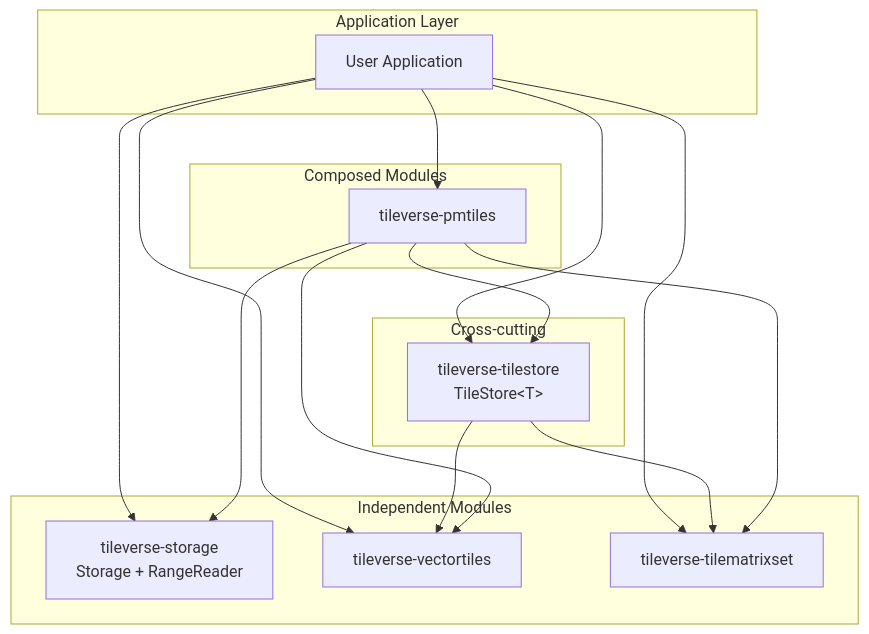
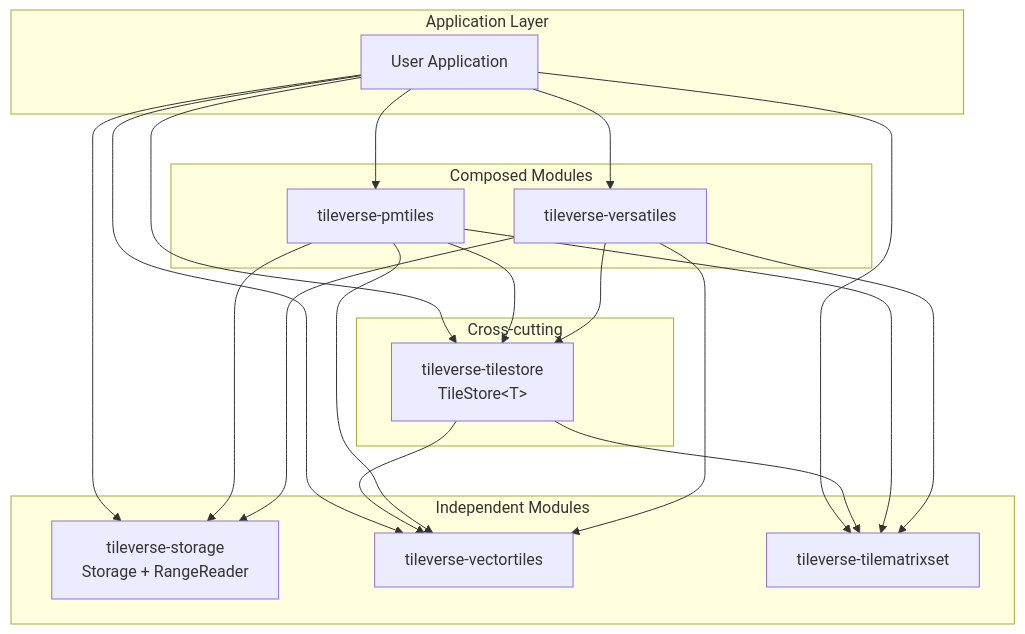
One commit to tileverse-io/tileverse changed the diagram in docs/src/developer-guide/explanation/architecture.md. Above: the diagram before and after it, drawn with Mermaid. The commit also changed other lines of this file and 40 other files, not shown here.

````diff
--- a/docs/src/developer-guide/explanation/architecture.md
+++ b/docs/src/developer-guide/explanation/architecture.md
@@ -9,34 +9,41 @@
 ```mermaid
 graph TD
     subgraph "Application Layer"
         App[User Application]
     end
 
     subgraph "Independent Modules"
         ST[tileverse-storage<br/>Storage + RangeReader]
         VT[tileverse-vectortiles]
         TMS[tileverse-tilematrixset]
     end
 
     subgraph "Cross-cutting"
         TS[tileverse-tilestore<br/>TileStore&lt;T&gt;]
     end
 
     subgraph "Composed Modules"
         PMT[tileverse-pmtiles]
+        VER[tileverse-versatiles]
     end
 
     App --> ST
     App --> VT
     App --> TMS
     App --> TS
     App --> PMT
+    App --> VER
 
     TS --> VT
     TS --> TMS
 
     PMT --> ST
     PMT --> VT
     PMT --> TMS
     PMT --> TS
+
+    VER --> ST
+    VER --> VT
+    VER --> TMS
+    VER --> TS
 ```
````
